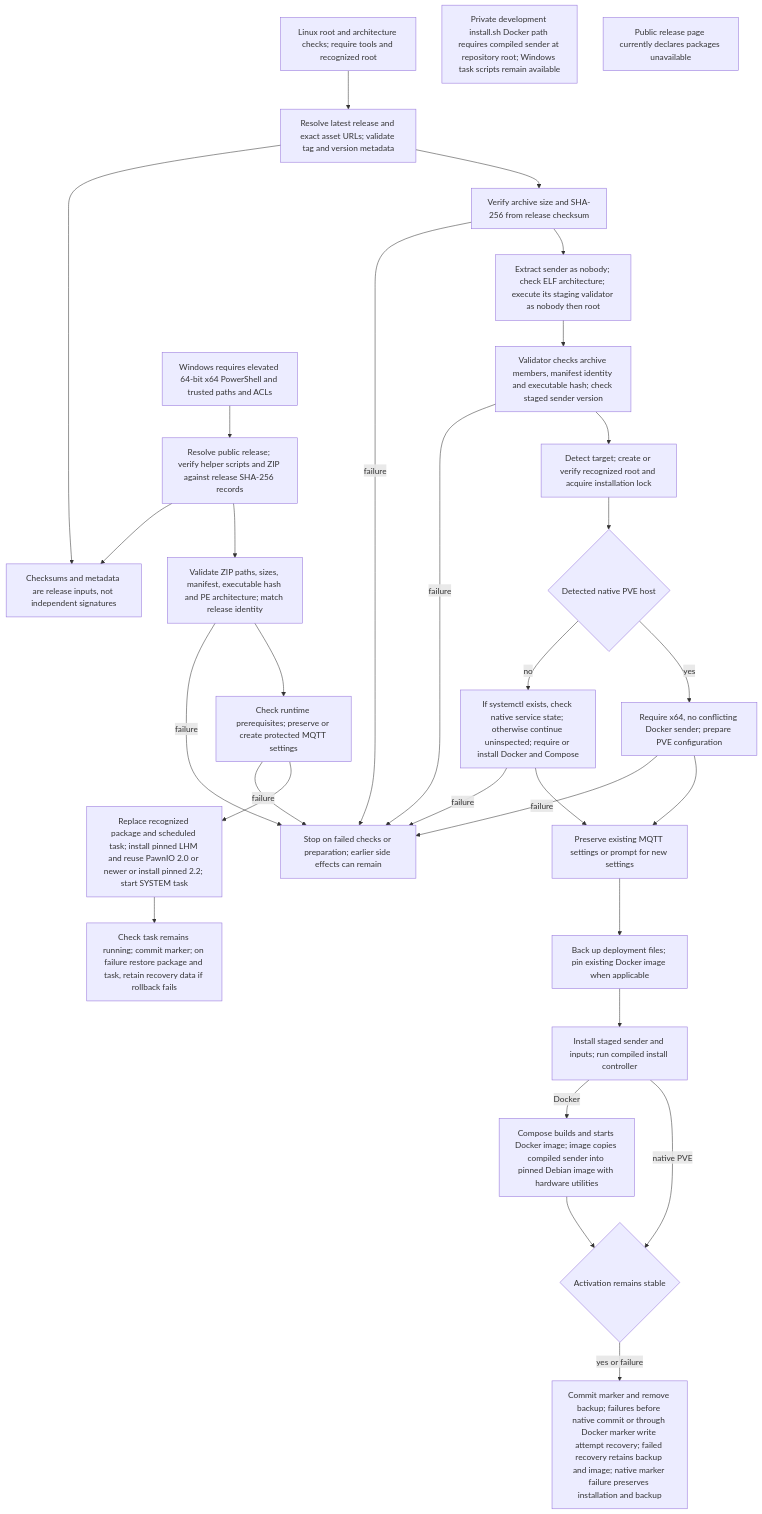
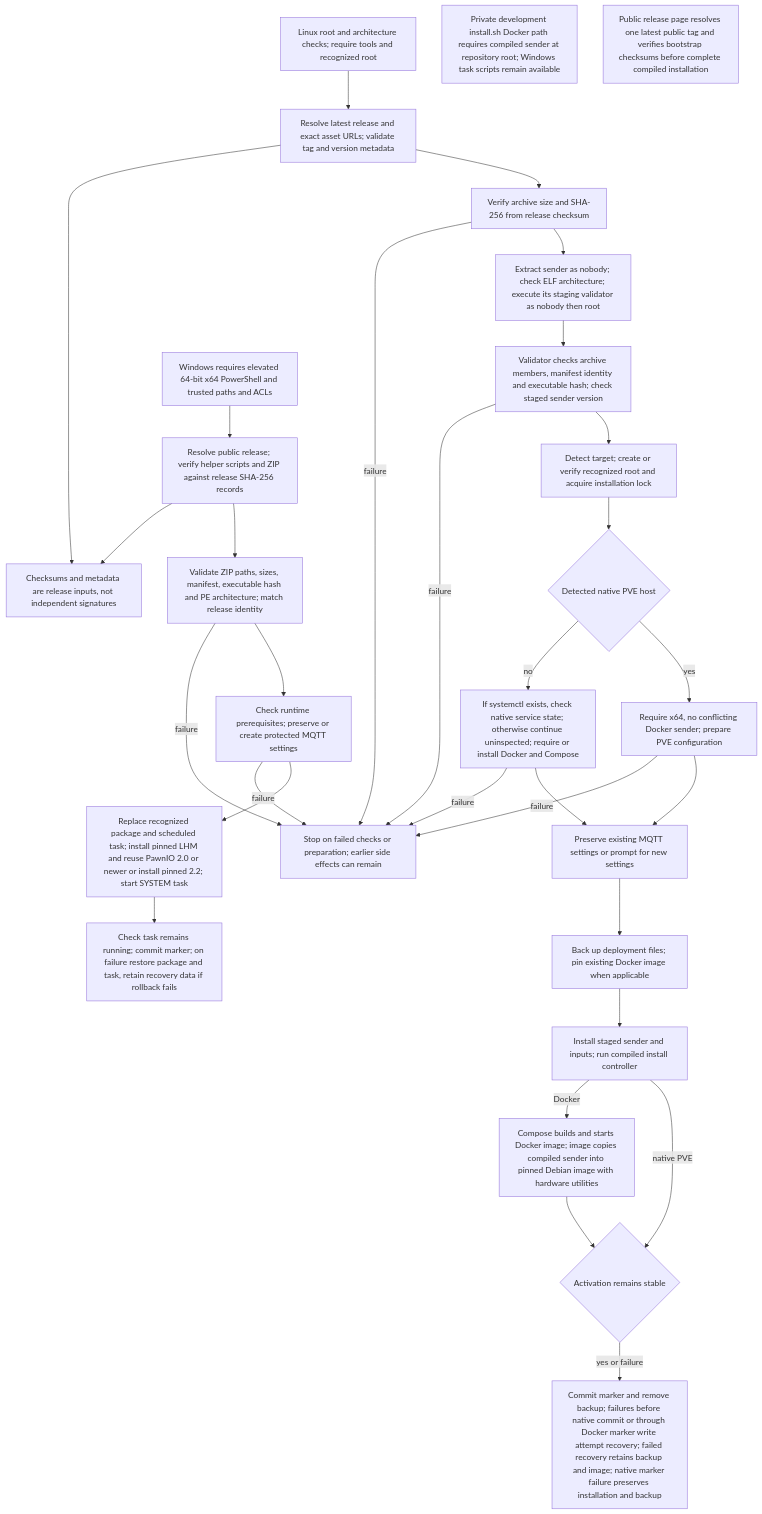
The diagram in docs/flows/sender.distribution.mmd (KarlSideProjects/hwmonitor-mqtt), drawn with Mermaid before and after one commit. The commit also changed 14 other files, not shown here.

Commit message:
fix: require selected-source flow checks before protected builds

```diff
--- a/docs/flows/sender.distribution.mmd
+++ b/docs/flows/sender.distribution.mmd
@@ -1,55 +1,55 @@
 flowchart TD
     A["Linux root and architecture checks; require tools and recognized root"]
     B["Resolve latest release and exact asset URLs; validate tag and version metadata"]
     C["Verify archive size and SHA-256 from release checksum"]
     D["Extract sender as nobody; check ELF architecture; execute its staging validator as nobody then root"]
     E["Validator checks archive members, manifest identity and executable hash; check staged sender version"]
     F{"Detected native PVE host"}
     G["Require x64, no conflicting Docker sender; prepare PVE configuration"]
     H["If systemctl exists, check native service state; otherwise continue uninspected; require or install Docker and Compose"]
     I["Preserve existing MQTT settings or prompt for new settings"]
     J["Back up deployment files; pin existing Docker image when applicable"]
     K["Install staged sender and inputs; run compiled install controller"]
     L{"Activation remains stable"}
     M["Commit marker and remove backup; failures before native commit or through Docker marker write attempt recovery; failed recovery retains backup and image; native marker failure preserves installation and backup"]
     N["Windows requires elevated 64-bit x64 PowerShell and trusted paths and ACLs"]
     O["Resolve public release; verify helper scripts and ZIP against release SHA-256 records"]
     P["Validate ZIP paths, sizes, manifest, executable hash and PE architecture; match release identity"]
     Q["Check runtime prerequisites; preserve or create protected MQTT settings"]
     R["Replace recognized package and scheduled task; install pinned LHM and reuse PawnIO 2.0 or newer or install pinned 2.2; start SYSTEM task"]
     S["Check task remains running; commit marker; on failure restore package and task, retain recovery data if rollback fails"]
     T["Compose builds and starts Docker image; image copies compiled sender into pinned Debian image with hardware utilities"]
     U["Private development install.sh Docker path requires compiled sender at repository root; Windows task scripts remain available"]
-    V["Public release page currently declares packages unavailable"]
+    V["Public release page resolves one latest public tag and verifies bootstrap checksums before complete compiled installation"]
     W["Checksums and metadata are release inputs, not independent signatures"]
     X["Stop on failed checks or preparation; earlier side effects can remain"]
     Y["Detect target; create or verify recognized root and acquire installation lock"]
     A --> B
     B --> C
     C --> D
     D --> E
     E --> Y
     Y --> F
     F -->|yes| G
     G --> I
     F -->|no| H
     H --> I
     I --> J
     J --> K
     K -->|native PVE| L
     K -->|Docker| T
     T --> L
     L -->|yes or failure| M
     N --> O
     O --> P
     P --> Q
     Q --> R
     R --> S
     B --> W
     O --> W
     C -->|failure| X
     E -->|failure| X
     G -->|failure| X
     H -->|failure| X
     P -->|failure| X
     Q -->|failure| X
```
